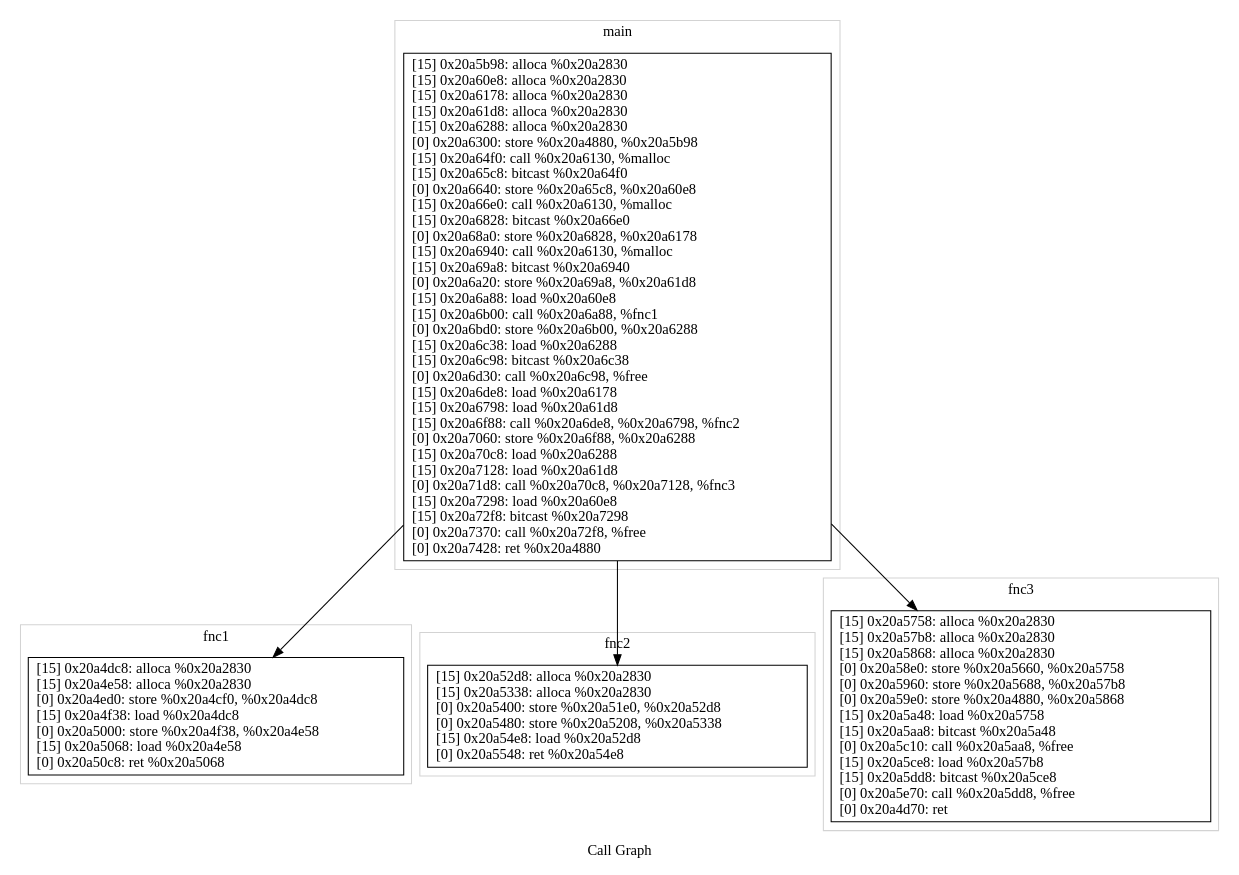
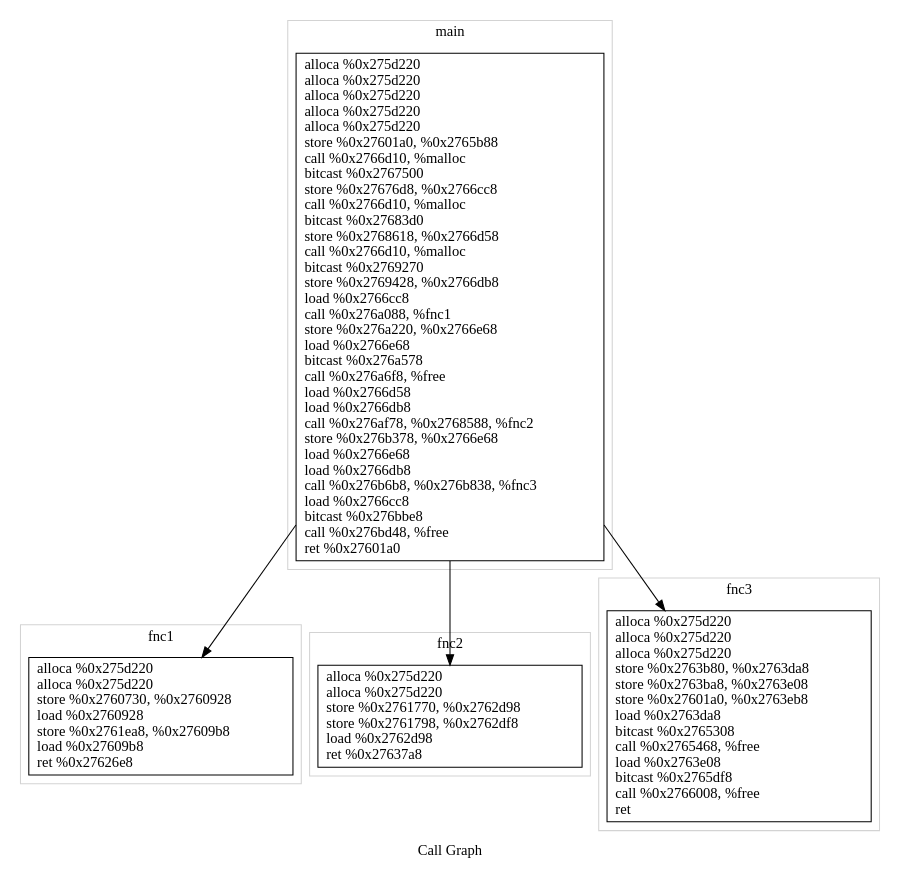
One commit to posjkh22/DrawCallGraph changed the diagram in graph.dot. Above: the diagram before and after it, drawn with Graphviz. The commit also changed 6 other files, not shown here.

```diff
--- a/graph.dot
+++ b/graph.dot
@@ -1,97 +1,101 @@
 digraph {
 
 	label="Call Graph";
 	subgraph cluster_0 {
 		color=lightgrey;
 		label="fnc1";
-		Node0x20a4d20 [shape=record, label="{
-				[15] 0x20a4dc8: alloca %0x20a2830\l
-				[15] 0x20a4e58: alloca %0x20a2830\l
-				[0] 0x20a4ed0: store %0x20a4cf0, %0x20a4dc8\l
-				[15] 0x20a4f38: load %0x20a4dc8\l
-				[0] 0x20a5000: store %0x20a4f38, %0x20a4e58\l
-				[15] 0x20a5068: load %0x20a4e58\l
-				[0] 0x20a50c8: ret %0x20a5068\l
+		Node0x2760860 [shape=record, label="{
+				alloca %0x275d220\l
+				alloca %0x275d220\l
+				store %0x2760730, %0x2760928\l
+				load %0x2760928\l
+				store %0x2761ea8, %0x27609b8\l
+				load %0x27609b8\l
+				ret %0x27626e8\l
 			}"];
 	}
 	subgraph cluster_1 {
 		color=lightgrey;
-		label="fnc2";
-		Node0x20a5240 [shape=record, label="{
-				[15] 0x20a52d8: alloca %0x20a2830\l
-				[15] 0x20a5338: alloca %0x20a2830\l
-				[0] 0x20a5400: store %0x20a51e0, %0x20a52d8\l
-				[0] 0x20a5480: store %0x20a5208, %0x20a5338\l
-				[15] 0x20a54e8: load %0x20a52d8\l
-				[0] 0x20a5548: ret %0x20a54e8\l
-			}"];
+		label="llvm.dbg.declare";
 	}
 	subgraph cluster_2 {
 		color=lightgrey;
-		label="fnc3";
-		Node0x20a56c0 [shape=record, label="{
-				[15] 0x20a5758: alloca %0x20a2830\l
-				[15] 0x20a57b8: alloca %0x20a2830\l
-				[15] 0x20a5868: alloca %0x20a2830\l
-				[0] 0x20a58e0: store %0x20a5660, %0x20a5758\l
-				[0] 0x20a5960: store %0x20a5688, %0x20a57b8\l
-				[0] 0x20a59e0: store %0x20a4880, %0x20a5868\l
-				[15] 0x20a5a48: load %0x20a5758\l
-				[15] 0x20a5aa8: bitcast %0x20a5a48\l
-				[0] 0x20a5c10: call %0x20a5aa8, %free\l
-				[15] 0x20a5ce8: load %0x20a57b8\l
-				[15] 0x20a5dd8: bitcast %0x20a5ce8\l
-				[0] 0x20a5e70: call %0x20a5dd8, %free\l
-				[0] 0x20a4d70: ret \l
+		label="fnc2";
+		Node0x2762cf0 [shape=record, label="{
+				alloca %0x275d220\l
+				alloca %0x275d220\l
+				store %0x2761770, %0x2762d98\l
+				store %0x2761798, %0x2762df8\l
+				load %0x2762d98\l
+				ret %0x27637a8\l
 			}"];
 	}
 	subgraph cluster_3 {
 		color=lightgrey;
-		label="free";
+		label="fnc3";
+		Node0x2763d00 [shape=record, label="{
+				alloca %0x275d220\l
+				alloca %0x275d220\l
+				alloca %0x275d220\l
+				store %0x2763b80, %0x2763da8\l
+				store %0x2763ba8, %0x2763e08\l
+				store %0x27601a0, %0x2763eb8\l
+				load %0x2763da8\l
+				bitcast %0x2765308\l
+				call %0x2765468, %free\l
+				load %0x2763e08\l
+				bitcast %0x2765df8\l
+				call %0x2766008, %free\l
+				ret \l
+			}"];
 	}
 	subgraph cluster_4 {
 		color=lightgrey;
-		label="main";
-		Node0x20a6020 [shape=record, label="{
-				[15] 0x20a5b98: alloca %0x20a2830\l
-				[15] 0x20a60e8: alloca %0x20a2830\l
-				[15] 0x20a6178: alloca %0x20a2830\l
-				[15] 0x20a61d8: alloca %0x20a2830\l
-				[15] 0x20a6288: alloca %0x20a2830\l
-				[0] 0x20a6300: store %0x20a4880, %0x20a5b98\l
-				[15] 0x20a64f0: call %0x20a6130, %malloc\l
-				[15] 0x20a65c8: bitcast %0x20a64f0\l
-				[0] 0x20a6640: store %0x20a65c8, %0x20a60e8\l
-				[15] 0x20a66e0: call %0x20a6130, %malloc\l
-				[15] 0x20a6828: bitcast %0x20a66e0\l
-				[0] 0x20a68a0: store %0x20a6828, %0x20a6178\l
-				[15] 0x20a6940: call %0x20a6130, %malloc\l
-				[15] 0x20a69a8: bitcast %0x20a6940\l
-				[0] 0x20a6a20: store %0x20a69a8, %0x20a61d8\l
-				[15] 0x20a6a88: load %0x20a60e8\l
-				[15] 0x20a6b00: call %0x20a6a88, %fnc1\l
-				[0] 0x20a6bd0: store %0x20a6b00, %0x20a6288\l
-				[15] 0x20a6c38: load %0x20a6288\l
-				[15] 0x20a6c98: bitcast %0x20a6c38\l
-				[0] 0x20a6d30: call %0x20a6c98, %free\l
-				[15] 0x20a6de8: load %0x20a6178\l
-				[15] 0x20a6798: load %0x20a61d8\l
-				[15] 0x20a6f88: call %0x20a6de8, %0x20a6798, %fnc2\l
-				[0] 0x20a7060: store %0x20a6f88, %0x20a6288\l
-				[15] 0x20a70c8: load %0x20a6288\l
-				[15] 0x20a7128: load %0x20a61d8\l
-				[0] 0x20a71d8: call %0x20a70c8, %0x20a7128, %fnc3\l
-				[15] 0x20a7298: load %0x20a60e8\l
-				[15] 0x20a72f8: bitcast %0x20a7298\l
-				[0] 0x20a7370: call %0x20a72f8, %free\l
-				[0] 0x20a7428: ret %0x20a4880\l
-			}"];
+		label="free";
 	}
 	subgraph cluster_5 {
 		color=lightgrey;
+		label="main";
+		Node0x2766be0 [shape=record, label="{
+				alloca %0x275d220\l
+				alloca %0x275d220\l
+				alloca %0x275d220\l
+				alloca %0x275d220\l
+				alloca %0x275d220\l
+				store %0x27601a0, %0x2765b88\l
+				call %0x2766d10, %malloc\l
+				bitcast %0x2767500\l
+				store %0x27676d8, %0x2766cc8\l
+				call %0x2766d10, %malloc\l
+				bitcast %0x27683d0\l
+				store %0x2768618, %0x2766d58\l
+				call %0x2766d10, %malloc\l
+				bitcast %0x2769270\l
+				store %0x2769428, %0x2766db8\l
+				load %0x2766cc8\l
+				call %0x276a088, %fnc1\l
+				store %0x276a220, %0x2766e68\l
+				load %0x2766e68\l
+				bitcast %0x276a578\l
+				call %0x276a6f8, %free\l
+				load %0x2766d58\l
+				load %0x2766db8\l
+				call %0x276af78, %0x2768588, %fnc2\l
+				store %0x276b378, %0x2766e68\l
+				load %0x2766e68\l
+				load %0x2766db8\l
+				call %0x276b6b8, %0x276b838, %fnc3\l
+				load %0x2766cc8\l
+				bitcast %0x276bbe8\l
+				call %0x276bd48, %free\l
+				ret %0x27601a0\l
+			}"];
+	}
+	subgraph cluster_6 {
+		color=lightgrey;
 		label="malloc";
 	}
-	Node0x20a6020 -> Node0x20a4d20
-	Node0x20a6020 -> Node0x20a5240
-	Node0x20a6020 -> Node0x20a56c0
+	Node0x2766be0 -> Node0x2760860
+	Node0x2766be0 -> Node0x2762cf0
+	Node0x2766be0 -> Node0x2763d00
 }
```
